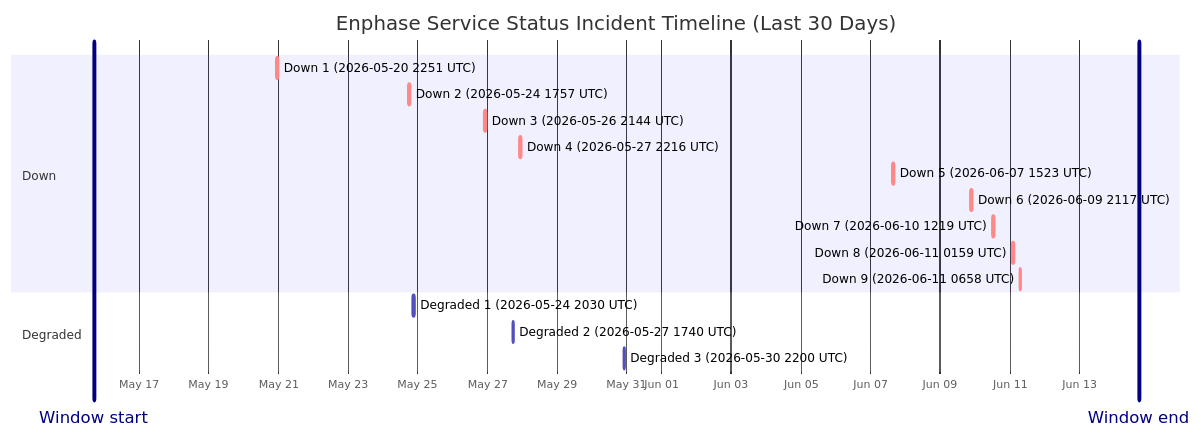
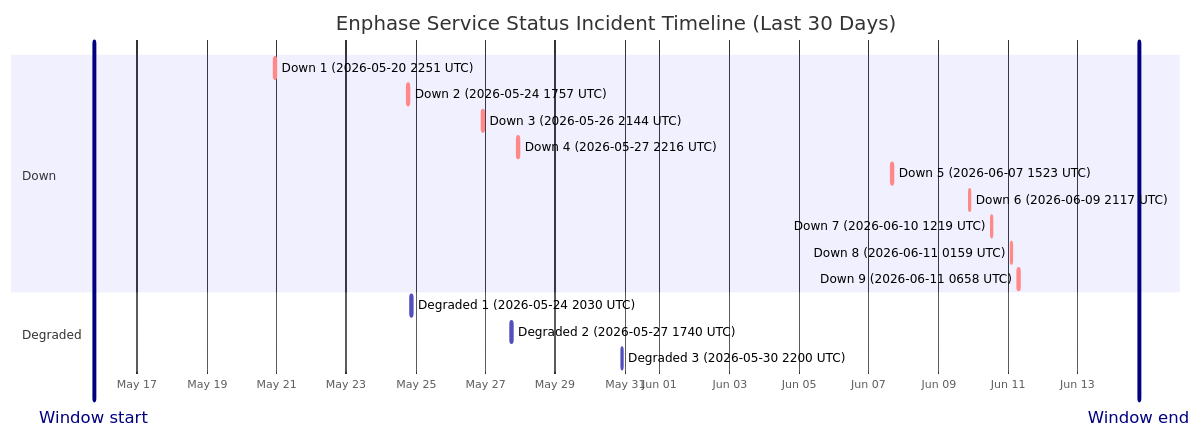
Before and after one commit to barneyonline/ha-enphase-energy: the diagram in wiki/Service-Status-History.md, drawn with Mermaid. The commit also changed other lines of this file and 3 other files, not shown here.

````diff
--- a/wiki/Service-Status-History.md
+++ b/wiki/Service-Status-History.md
@@ -14,22 +14,22 @@
 ```mermaid
 gantt
     title Enphase Service Status Incident Timeline (Last 30 Days)
     dateFormat  YYYY-MM-DDTHH:mm:ss
     axisFormat  %b %d
-    Window start :vert, window-start, 2026-05-15T16:55:12, 0ms
-    Window end :vert, window-end, 2026-06-14T16:55:12, 0ms
+    Window start :vert, window-start, 2026-05-15T18:11:16, 0ms
+    Window end :vert, window-end, 2026-06-14T18:11:16, 0ms
     section Down
     Down 1 (2026-05-20 2251 UTC) :crit, down-1, 2026-05-20T22:51:14, 75m
     Down 2 (2026-05-24 1757 UTC) :crit, down-2, 2026-05-24T17:57:41, 86m
     Down 3 (2026-05-26 2144 UTC) :crit, down-3, 2026-05-26T21:44:11, 85m
     Down 4 (2026-05-27 2216 UTC) :crit, down-4, 2026-05-27T22:16:53, 87m
     Down 5 (2026-06-07 1523 UTC) :crit, down-5, 2026-06-07T15:23:22, 87m
     Down 6 (2026-06-09 2117 UTC) :crit, down-6, 2026-06-09T21:17:17, 60m
     Down 7 (2026-06-10 1219 UTC) :crit, down-7, 2026-06-10T12:19:21, 60m
     Down 8 (2026-06-11 0159 UTC) :crit, down-8, 2026-06-11T01:59:36, 60m
     Down 9 (2026-06-11 0658 UTC) :crit, down-9, 2026-06-11T06:58:45, 60m
     section Degraded
     Degraded 1 (2026-05-24 2030 UTC) :active, degraded-1, 2026-05-24T20:30:57, 84m
     Degraded 2 (2026-05-27 1740 UTC) :active, degraded-2, 2026-05-27T17:40:52, 60m
     Degraded 3 (2026-05-30 2200 UTC) :active, degraded-3, 2026-05-30T22:00:37, 60m
 ```
````
